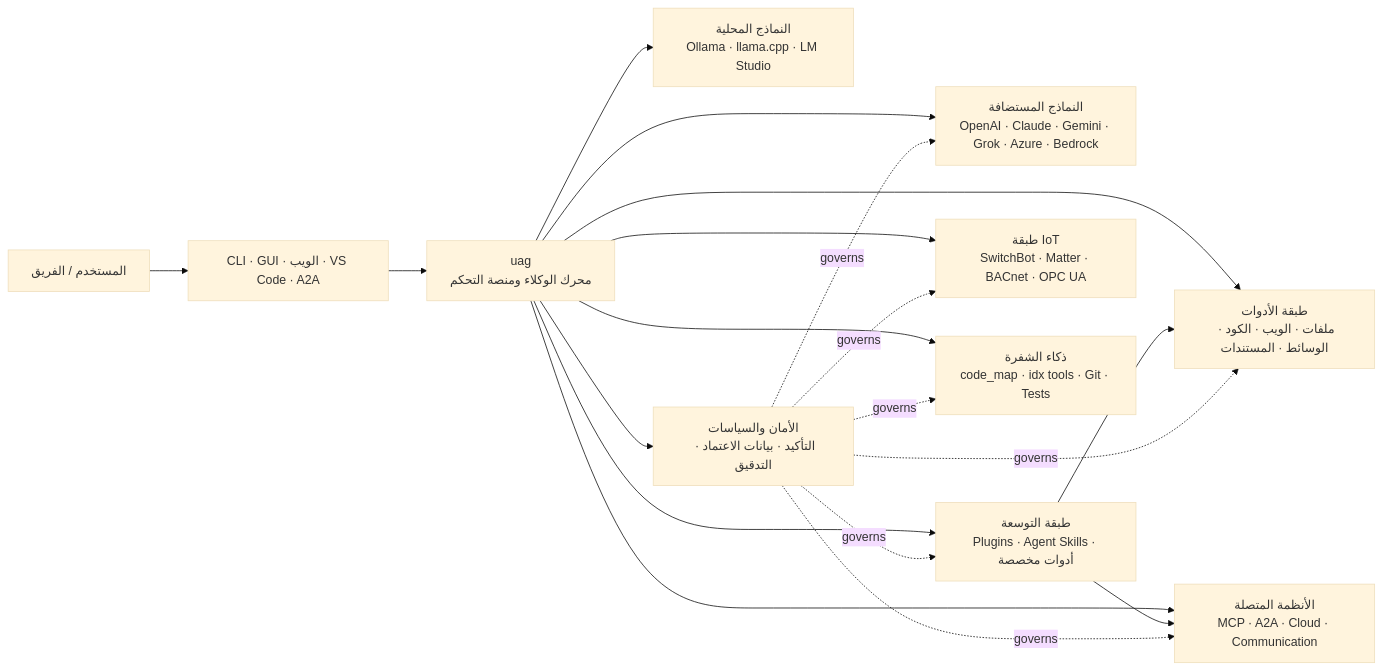
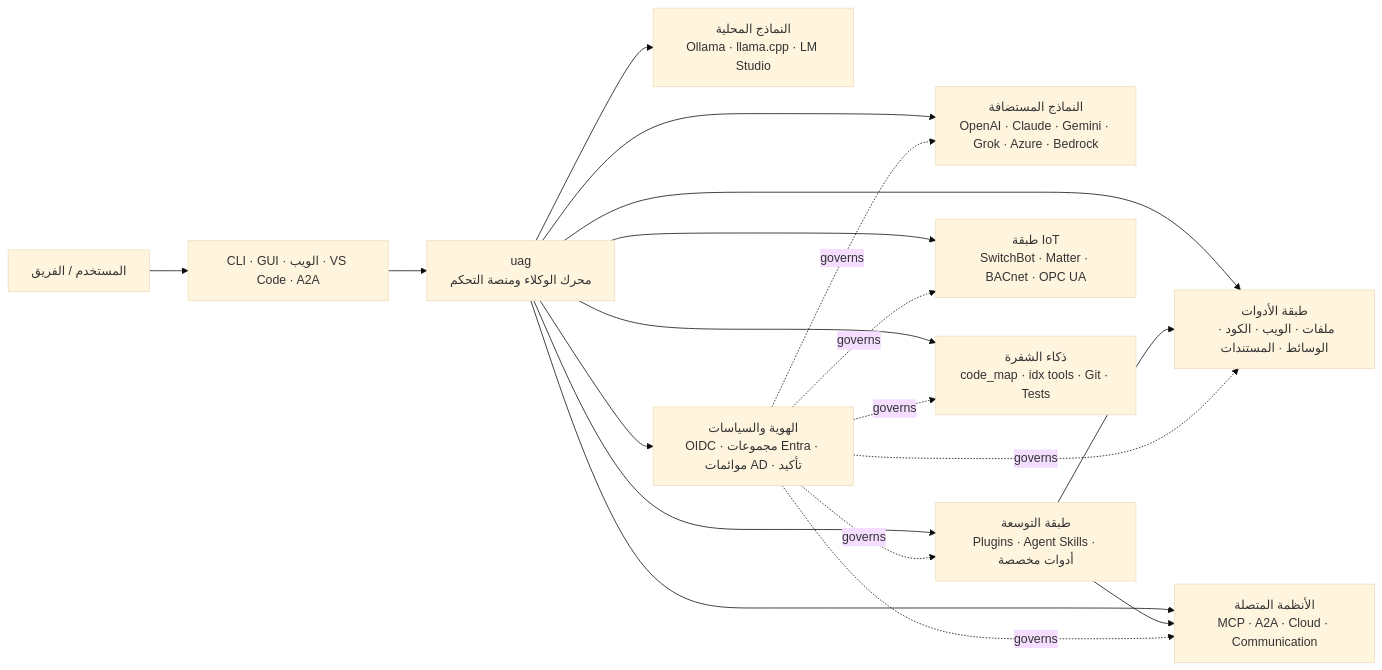
One commit to awaku7/agentcli changed the diagram in docs/README.ar.md. Above: the diagram before and after it, drawn with Mermaid (base theme). The commit also changed other lines of this file and 37 other files, not shown here.

````diff
--- a/docs/README.ar.md
+++ b/docs/README.ar.md
@@ -52,33 +52,33 @@
 ```mermaid
 flowchart LR
     U[المستخدم / الفريق]
     I[CLI · GUI · الويب · VS Code · A2A]
     G[uag<br/>محرك الوكلاء ومنصة التحكم]
     P[النماذج المستضافة<br/>OpenAI · Claude · Gemini · Grok · Azure · Bedrock]
     L[النماذج المحلية<br/>Ollama · llama.cpp · LM Studio]
     T[طبقة الأدوات<br/>ملفات · الويب · الكود · الوسائط · المستندات]
     E[طبقة التوسعة<br/>Plugins · Agent Skills · أدوات مخصصة]
     X[الأنظمة المتصلة<br/>MCP · A2A · Cloud · Communication]
     D[طبقة IoT<br/>SwitchBot · Matter · BACnet · OPC UA]
     R[ذكاء الشفرة<br/>code_map · idx tools · Git · Tests]
-    S[الأمان والسياسات<br/>التأكيد · بيانات الاعتماد · التدقيق]
+    S[الهوية والسياسات<br/>OIDC · مجموعات Entra · موائمات AD · تأكيد]
 
     U --> I
     I --> G
     G --> P
     G --> L
     G --> T
     G --> E
     G --> X
     G --> D
     G --> R
     G --> S
     E --> T
     E --> X
     S -. governs .-> P
     S -. governs .-> T
     S -. governs .-> E
     S -. governs .-> X
     S -. governs .-> D
     S -. governs .-> R
 ```
````
